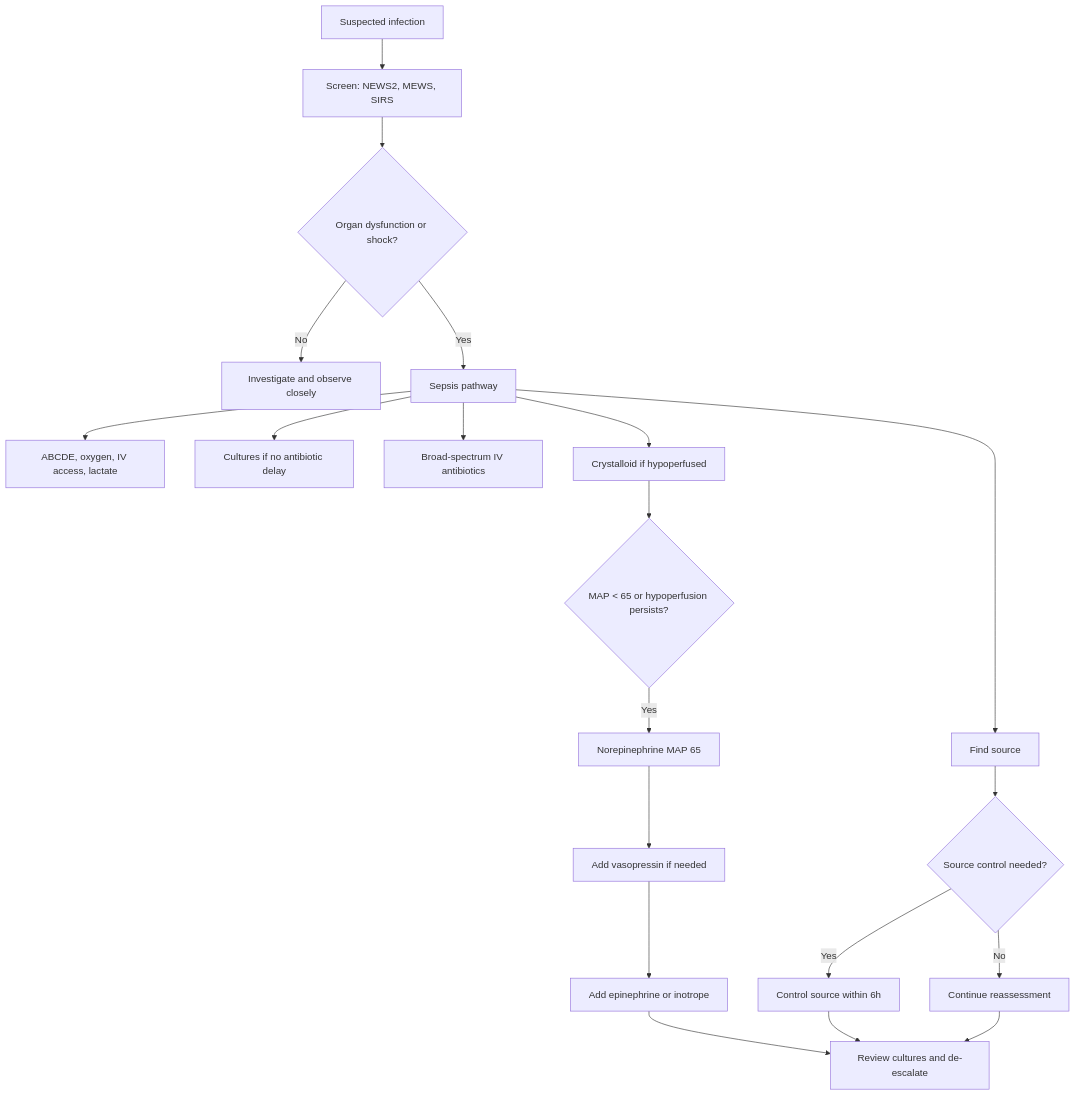
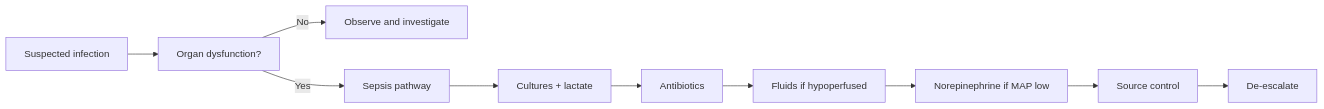
The diagram in content/fragments/general-surgery/general-principles/sepsis/summary.mdx (techjason/mbbspedia), drawn with Mermaid before and after one commit. The commit also changed 3 other files, not shown here.

Commit message:
Improve readability of shock and sepsis diagrams

````diff
--- a/content/fragments/general-surgery/general-principles/sepsis/summary.mdx
+++ b/content/fragments/general-surgery/general-principles/sepsis/summary.mdx
@@ -33,22 +33,12 @@
 ```mermaid
-flowchart TD
-    A["Suspected infection"] --> B["Screen: NEWS2, MEWS, SIRS"]
-    B --> C{"Organ dysfunction or shock?"}
-    C -->|"No"| D["Investigate and observe closely"]
-    C -->|"Yes"| E["Sepsis pathway"]
-    E --> E1["ABCDE, oxygen, IV access, lactate"]
-    E --> E2["Cultures if no antibiotic delay"]
-    E --> E3["Broad-spectrum IV antibiotics"]
-    E --> E4["Crystalloid if hypoperfused"]
-    E --> E5["Find source"]
-    E4 --> F{"MAP < 65 or hypoperfusion persists?"}
-    F -->|"Yes"| G["Norepinephrine MAP 65"]
-    G --> H["Add vasopressin if needed"]
-    H --> I["Add epinephrine or inotrope"]
-    E5 --> J{"Source control needed?"}
-    J -->|"Yes"| K["Control source within 6h"]
-    J -->|"No"| L["Continue reassessment"]
-    K --> M["Review cultures and de-escalate"]
-    I --> M
-    L --> M
+flowchart LR
+    A["Suspected infection"] --> B["Organ dysfunction?"]
+    B -->|"No"| C["Observe and investigate"]
+    B -->|"Yes"| D["Sepsis pathway"]
+    D --> E["Cultures + lactate"]
+    E --> F["Antibiotics"]
+    F --> G["Fluids if hypoperfused"]
+    G --> H["Norepinephrine if MAP low"]
+    H --> I["Source control"]
+    I --> J["De-escalate"]
 ```
````
